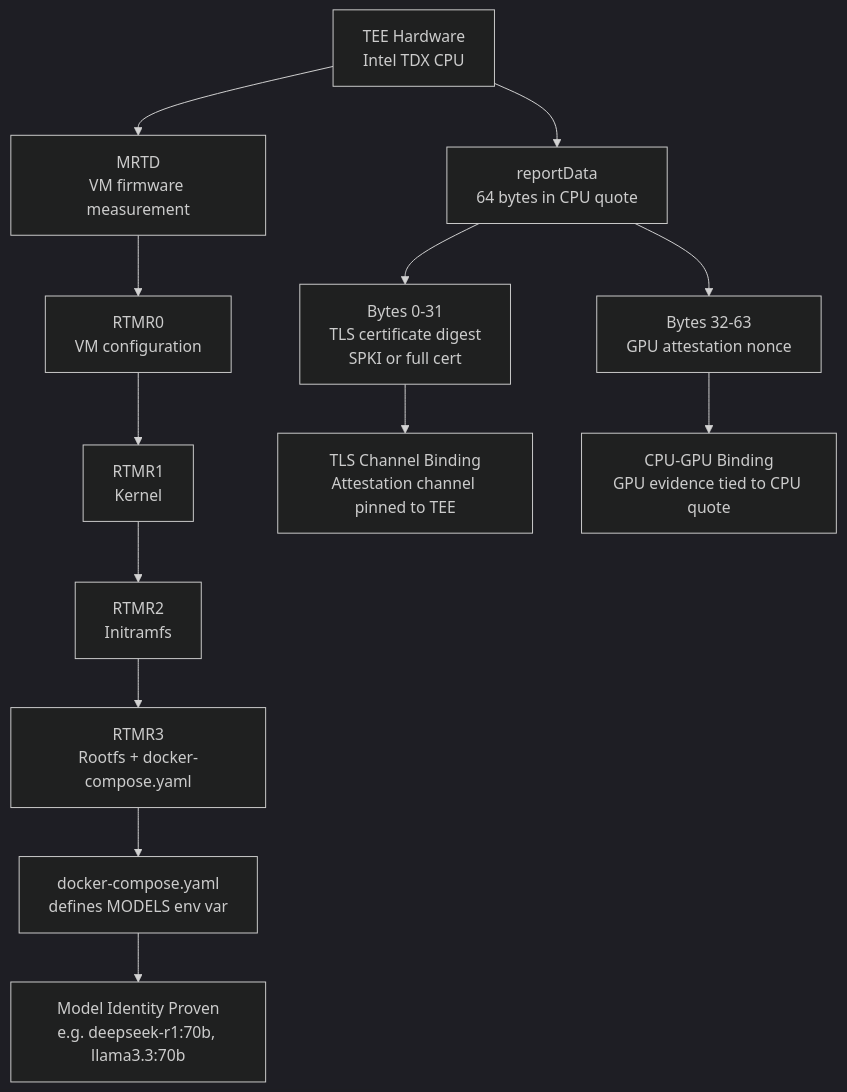
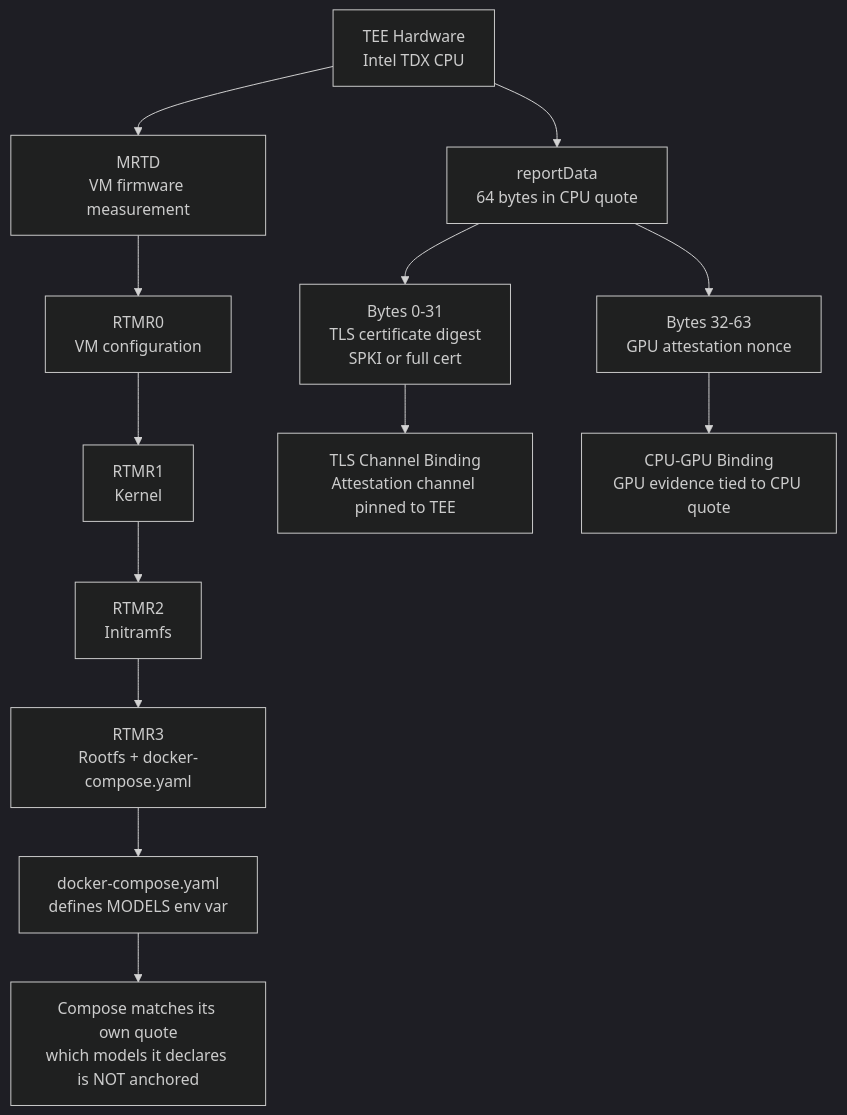
Before and after one commit to cowboycoderhq/Morpheus-Lumerin-Node: the second of 3 diagrams in docs/providers/full/tee-backend-verification.mdx, drawn with Mermaid (dark theme). The commit also changed other lines of this file and 80 other files, not shown here.

````diff
--- a/docs/providers/full/tee-backend-verification.mdx
+++ b/docs/providers/full/tee-backend-verification.mdx
@@ -127,16 +136,16 @@
 ```mermaid
 flowchart TD
     HW[TEE Hardware<br/>Intel TDX CPU] --> MRTD[MRTD<br/>VM firmware measurement]
     MRTD --> RTMR0[RTMR0<br/>VM configuration]
     RTMR0 --> RTMR1[RTMR1<br/>Kernel]
     RTMR1 --> RTMR2[RTMR2<br/>Initramfs]
     RTMR2 --> RTMR3[RTMR3<br/>Rootfs + docker-compose.yaml]
     RTMR3 --> DC[docker-compose.yaml<br/>defines MODELS env var]
-    DC --> MI[Model Identity Proven<br/>e.g. deepseek-r1:70b, llama3.3:70b]
+    DC --> MI[Compose matches its own quote<br/>which models it declares is NOT anchored]
 
     HW --> RD[reportData<br/>64 bytes in CPU quote]
     RD --> RD1[Bytes 0-31<br/>TLS certificate digest<br/>SPKI or full cert]
     RD --> RD2[Bytes 32-63<br/>GPU attestation nonce]
     RD1 --> TLS[TLS Channel Binding<br/>Attestation channel pinned to TEE]
     RD2 --> GPU[CPU-GPU Binding<br/>GPU evidence tied to CPU quote]
 ```
````
